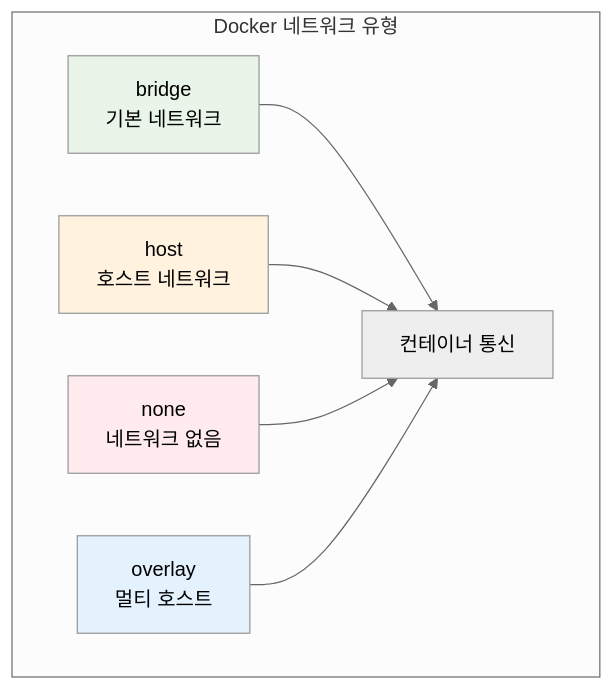
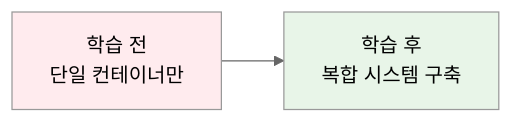
Before and after one commit to niceguy61/kdt_devops_lecture_2025: the first of 5 diagrams in theory/week_01/day3/session_3.md, drawn with Mermaid (neutral theme). The commit also changed other lines of this file and 1 other file, not shown here.

````diff
--- a/theory/week_01/day3/session_3.md
+++ b/theory/week_01/day3/session_3.md
@@ -44,14 +36,7 @@
 ```mermaid
-graph TB
-    subgraph "Docker 네트워크 유형"
-        A[bridge<br/>기본 네트워크] --> E[컨테이너 통신]
-        B[host<br/>호스트 네트워크] --> E
-        C[none<br/>네트워크 없음] --> E
-        D[overlay<br/>멀티 호스트] --> E
-    end
+graph LR
+    A[학습 전<br/>단일 컨테이너만] --> B[학습 후<br/>복합 시스템 구축]
     
-    style A fill:#e8f5e8
-    style B fill:#fff3e0
-    style C fill:#ffebee
-    style D fill:#e3f2fd
+    style A fill:#ffebee
+    style B fill:#e8f5e8
 ```
````
